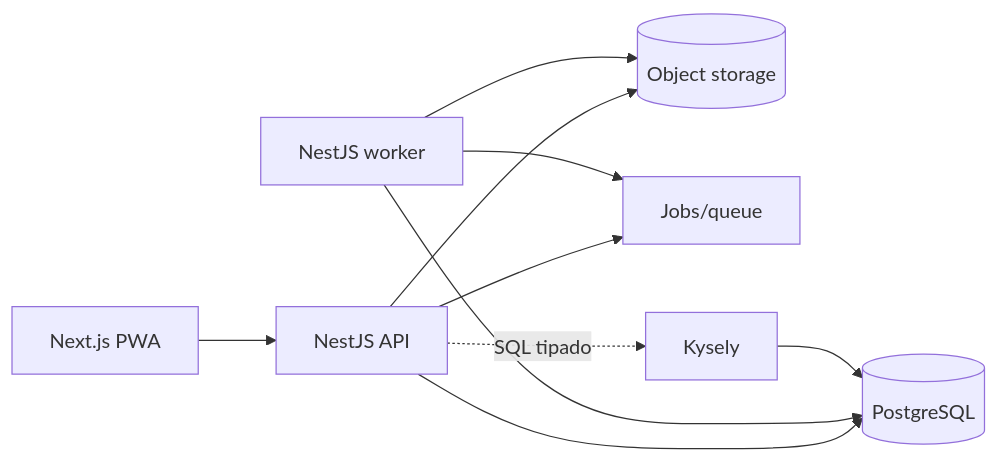
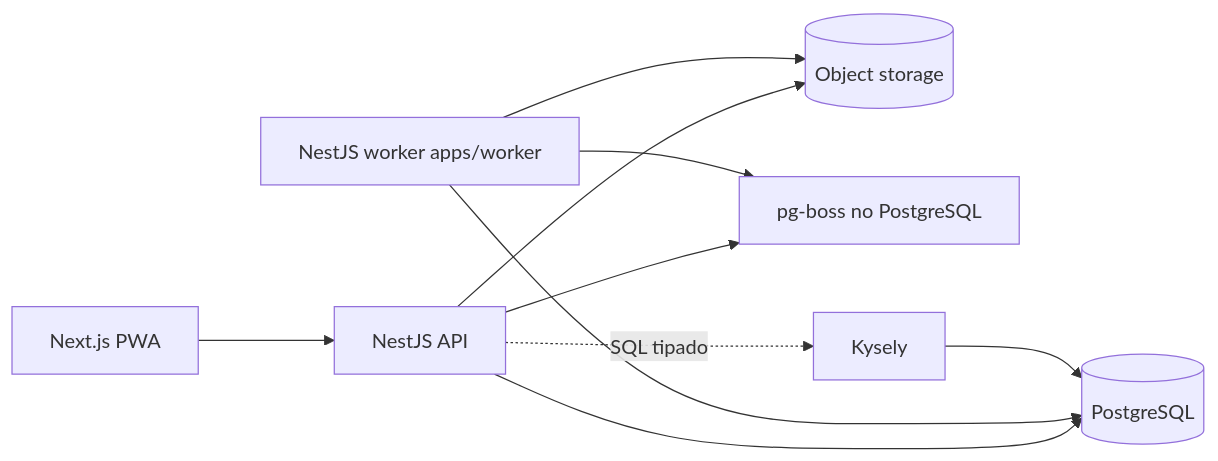
Before and after one commit to KogaKleins/Concentus: the first of 2 diagrams in docs/architecture/README.md, drawn with Mermaid. The commit also changed other lines of this file and 18 other files, not shown here.

````diff
--- a/docs/architecture/README.md
+++ b/docs/architecture/README.md
@@ -28,12 +35,12 @@
 ```mermaid
 flowchart LR
     WEB[Next.js PWA] --> API[NestJS API]
     API --> DB[(PostgreSQL)]
     API --> OBJ[(Object storage)]
-    API --> QUEUE[Jobs/queue]
-    WORKER[NestJS worker] --> QUEUE
+    API --> QUEUE[pg-boss no PostgreSQL]
+    WORKER[NestJS worker apps/worker] --> QUEUE
     WORKER --> DB
     WORKER --> OBJ
     API -. SQL tipado .-> K[Kysely]
     K --> DB
 ```
````
